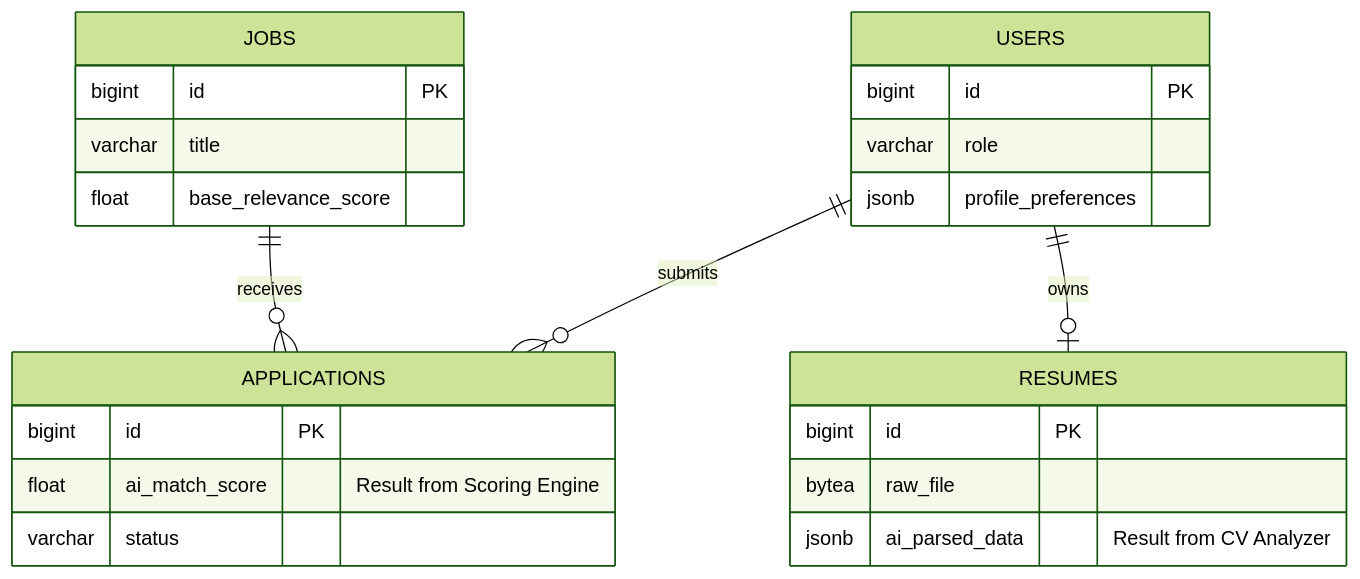
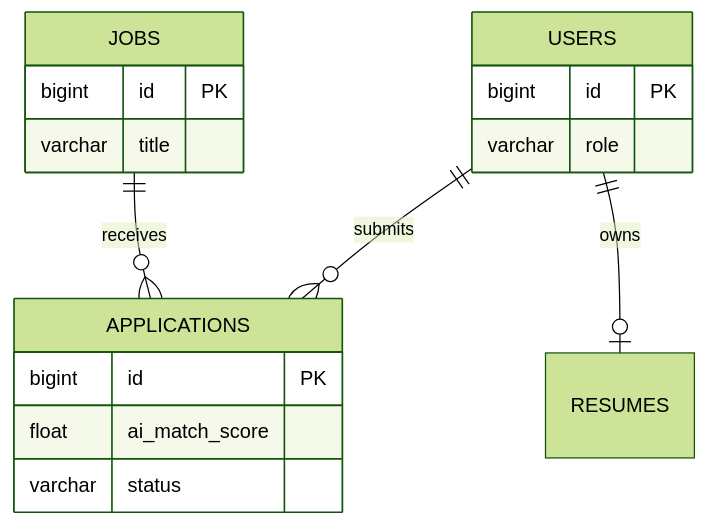
The second of 2 diagrams in README.md (ArrinPaul/Smart-Job-Application-System), drawn with Mermaid (forest theme) before and after one commit. The commit also changed other lines of this file and 2 other files, not shown here.

````diff
--- a/README.md
+++ b/README.md
@@ -181,27 +101,20 @@
 ```mermaid
 erDiagram
-    USERS ||--o{ APPLICATIONS : "submits"
-    USERS ||--o| RESUMES : "owns"
-    JOBS ||--o{ APPLICATIONS : "receives"
+    USERS ||--o{ APPLICATIONS : submits
+    USERS ||--o| RESUMES : owns
+    JOBS ||--o{ APPLICATIONS : receives
     
     USERS { 
         bigint id PK
         varchar role 
-        jsonb profile_preferences 
     }
     JOBS { 
         bigint id PK
         varchar title
-        float base_relevance_score
     }
     APPLICATIONS { 
         bigint id PK
-        float ai_match_score "Result from Scoring Engine"
+        float ai_match_score
         varchar status 
     }
-    RESUMES { 
-        bigint id PK
-        bytea raw_file
-        jsonb ai_parsed_data "Result from CV Analyzer"
-    }
 ```
````
